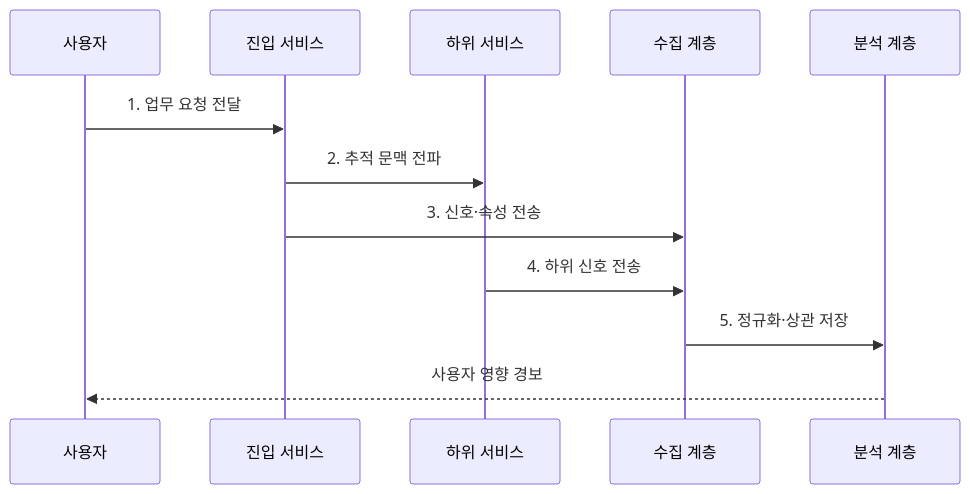
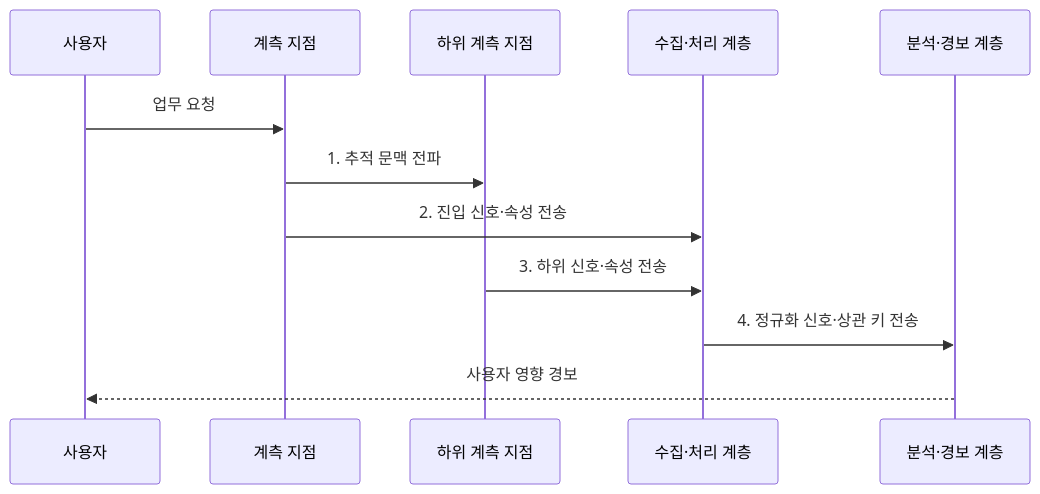
Before and after one commit to agnusdei1207/knowledge-base: the second of 2 diagrams in src/content/docs/notes/03-software/161_cloud_native_observability.md, drawn with Mermaid. The commit also changed other lines of this file and 20 other files, not shown here.

````diff
--- a/src/content/docs/notes/03-software/161_cloud_native_observability.md
+++ b/src/content/docs/notes/03-software/161_cloud_native_observability.md
@@ -85,14 +85,14 @@
 ```mermaid
 sequenceDiagram
     participant U as 사용자
-    participant A as 진입 서비스
-    participant D as 하위 서비스
-    participant C as 수집 계층
-    participant S as 분석 계층
-    U->>A: 1. 업무 요청 전달
-    A->>D: 2. 추적 문맥 전파
-    A->>C: 3. 신호·속성 전송
-    D->>C: 4. 하위 신호 전송
-    C->>S: 5. 정규화·상관 저장
+    participant A as 계측 지점
+    participant D as 하위 계측 지점
+    participant C as 수집·처리 계층
+    participant S as 분석·경보 계층
+    U->>A: 업무 요청
+    A->>D: 1. 추적 문맥 전파
+    A->>C: 2. 진입 신호·속성 전송
+    D->>C: 3. 하위 신호·속성 전송
+    C->>S: 4. 정규화 신호·상관 키 전송
     S-->>U: 사용자 영향 경보
 ```
````
